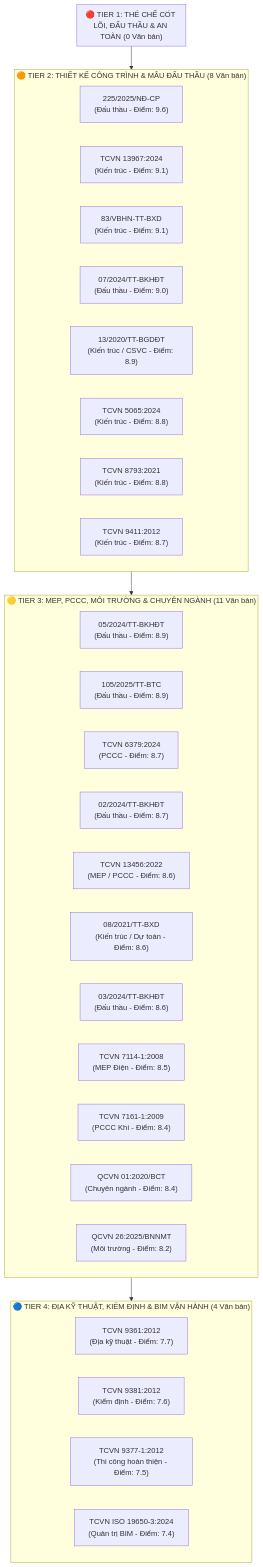
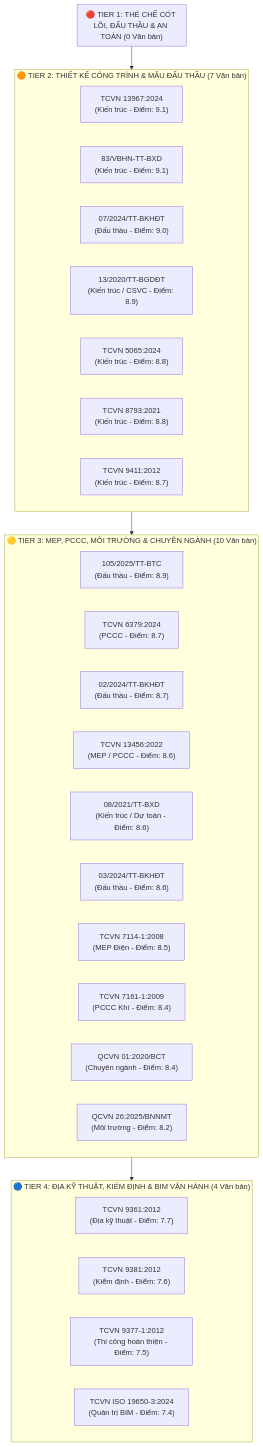
The diagram in .md/knowledge/expansion_roadmap.md (vvChu/ccba-legal-knowledge), drawn with Mermaid before and after one commit. The commit also changed other lines of this file and 36 other files, not shown here.

````diff
--- a/.md/knowledge/expansion_roadmap.md
+++ b/.md/knowledge/expansion_roadmap.md
@@ -23,41 +23,39 @@
 ```mermaid
 graph TD
     subgraph T1["🔴 TIER 1: THỂ CHẾ CỐT LÕI, ĐẤU THẦU & AN TOÀN (0 Văn bản)"]
     end
 
-    subgraph T2["🟠 TIER 2: THIẾT KẾ CÔNG TRÌNH & MẪU ĐẤU THẦU (8 Văn bản)"]
-        T2_1["225/2025/NĐ-CP<br/>(Đấu thầu - Điểm: 9.6)"]
-        T2_2["TCVN 13967:2024<br/>(Kiến trúc - Điểm: 9.1)"]
-        T2_3["83/VBHN-TT-BXD<br/>(Kiến trúc - Điểm: 9.1)"]
-        T2_4["07/2024/TT-BKHĐT<br/>(Đấu thầu - Điểm: 9.0)"]
-        T2_5["13/2020/TT-BGDĐT<br/>(Kiến trúc / CSVC - Điểm: 8.9)"]
-        T2_6["TCVN 5065:2024<br/>(Kiến trúc - Điểm: 8.8)"]
-        T2_7["TCVN 8793:2021<br/>(Kiến trúc - Điểm: 8.8)"]
-        T2_8["TCVN 9411:2012<br/>(Kiến trúc - Điểm: 8.7)"]
+    subgraph T2["🟠 TIER 2: THIẾT KẾ CÔNG TRÌNH & MẪU ĐẤU THẦU (7 Văn bản)"]
+        T2_1["TCVN 13967:2024<br/>(Kiến trúc - Điểm: 9.1)"]
+        T2_2["83/VBHN-TT-BXD<br/>(Kiến trúc - Điểm: 9.1)"]
+        T2_3["07/2024/TT-BKHĐT<br/>(Đấu thầu - Điểm: 9.0)"]
+        T2_4["13/2020/TT-BGDĐT<br/>(Kiến trúc / CSVC - Điểm: 8.9)"]
+        T2_5["TCVN 5065:2024<br/>(Kiến trúc - Điểm: 8.8)"]
+        T2_6["TCVN 8793:2021<br/>(Kiến trúc - Điểm: 8.8)"]
+        T2_7["TCVN 9411:2012<br/>(Kiến trúc - Điểm: 8.7)"]
     end
 
-    subgraph T3["🟡 TIER 3: MEP, PCCC, MÔI TRƯỜNG & CHUYÊN NGÀNH (11 Văn bản)"]
-        T3_1["05/2024/TT-BKHĐT<br/>(Đấu thầu - Điểm: 8.9)"]
-        T3_2["105/2025/TT-BTC<br/>(Đấu thầu - Điểm: 8.9)"]
-        T3_3["TCVN 6379:2024<br/>(PCCC - Điểm: 8.7)"]
-        T3_4["02/2024/TT-BKHĐT<br/>(Đấu thầu - Điểm: 8.7)"]
-        T3_5["TCVN 13456:2022<br/>(MEP / PCCC - Điểm: 8.6)"]
-        T3_6["08/2021/TT-BXD<br/>(Kiến trúc / Dự toán - Điểm: 8.6)"]
-        T3_7["03/2024/TT-BKHĐT<br/>(Đấu thầu - Điểm: 8.6)"]
-        T3_8["TCVN 7114-1:2008<br/>(MEP Điện - Điểm: 8.5)"]
-        T3_9["TCVN 7161-1:2009<br/>(PCCC Khí - Điểm: 8.4)"]
-        T3_10["QCVN 01:2020/BCT<br/>(Chuyên ngành - Điểm: 8.4)"]
-        T3_11["QCVN 26:2025/BNNMT<br/>(Môi trường - Điểm: 8.2)"]
+    subgraph T3["🟡 TIER 3: MEP, PCCC, MÔI TRƯỜNG & CHUYÊN NGÀNH (10 Văn bản)"]
+        T3_1["105/2025/TT-BTC<br/>(Đấu thầu - Điểm: 8.9)"]
+        T3_2["TCVN 6379:2024<br/>(PCCC - Điểm: 8.7)"]
+        T3_3["02/2024/TT-BKHĐT<br/>(Đấu thầu - Điểm: 8.7)"]
+        T3_4["TCVN 13456:2022<br/>(MEP / PCCC - Điểm: 8.6)"]
+        T3_5["08/2021/TT-BXD<br/>(Kiến trúc / Dự toán - Điểm: 8.6)"]
+        T3_6["03/2024/TT-BKHĐT<br/>(Đấu thầu - Điểm: 8.6)"]
+        T3_7["TCVN 7114-1:2008<br/>(MEP Điện - Điểm: 8.5)"]
+        T3_8["TCVN 7161-1:2009<br/>(PCCC Khí - Điểm: 8.4)"]
+        T3_9["QCVN 01:2020/BCT<br/>(Chuyên ngành - Điểm: 8.4)"]
+        T3_10["QCVN 26:2025/BNNMT<br/>(Môi trường - Điểm: 8.2)"]
     end
 
     subgraph T4["🔵 TIER 4: ĐỊA KỸ THUẬT, KIỂM ĐỊNH & BIM VẬN HÀNH (4 Văn bản)"]
         T4_1["TCVN 9361:2012<br/>(Địa kỹ thuật - Điểm: 7.7)"]
         T4_2["TCVN 9381:2012<br/>(Kiểm định - Điểm: 7.6)"]
         T4_3["TCVN 9377-1:2012<br/>(Thi công hoàn thiện - Điểm: 7.5)"]
         T4_4["TCVN ISO 19650-3:2024<br/>(Quản trị BIM - Điểm: 7.4)"]
     end
 
     T1 --> T2
     T2 --> T3
     T3 --> T4
 ```
````
